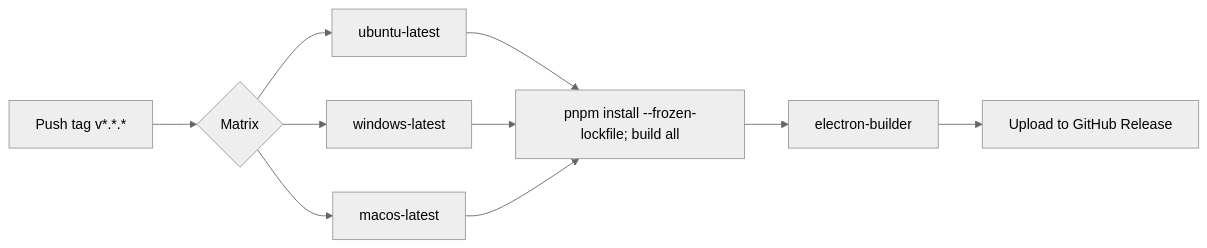
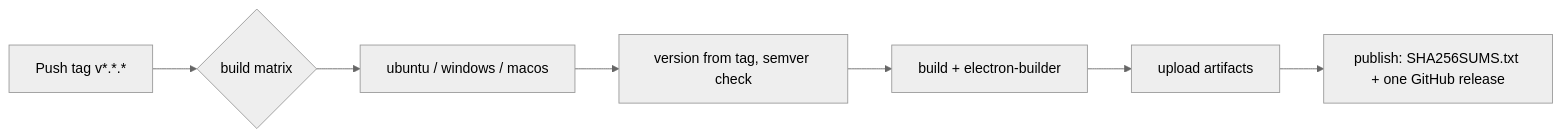
Before and after one commit to mpenn114/snails: the diagram in docs/development/release-process.md, drawn with Mermaid (neutral theme). The commit also changed other lines of this file and 3 other files, not shown here.

First line of the commit message:
ci(release): derive version from tag, publish job with checksums and notes

````diff
--- a/docs/development/release-process.md
+++ b/docs/development/release-process.md
@@ -26,10 +26,9 @@
 ```mermaid
 graph LR
-  T[Push tag v*.*.*] --> M{Matrix}
-  M --> U[ubuntu-latest]
-  M --> W[windows-latest]
-  M --> A[macos-latest]
-  U & W & A --> B[pnpm install --frozen-lockfile; build all]
-  B --> E[electron-builder]
-  E --> R[Upload to GitHub Release]
+  T[Push tag v*.*.*] --> M{build matrix}
+  M --> U[ubuntu / windows / macos]
+  U --> V[version from tag, semver check]
+  V --> E[build + electron-builder]
+  E --> A[upload artifacts]
+  A --> P[publish: SHA256SUMS.txt + one GitHub release]
 ```
````
